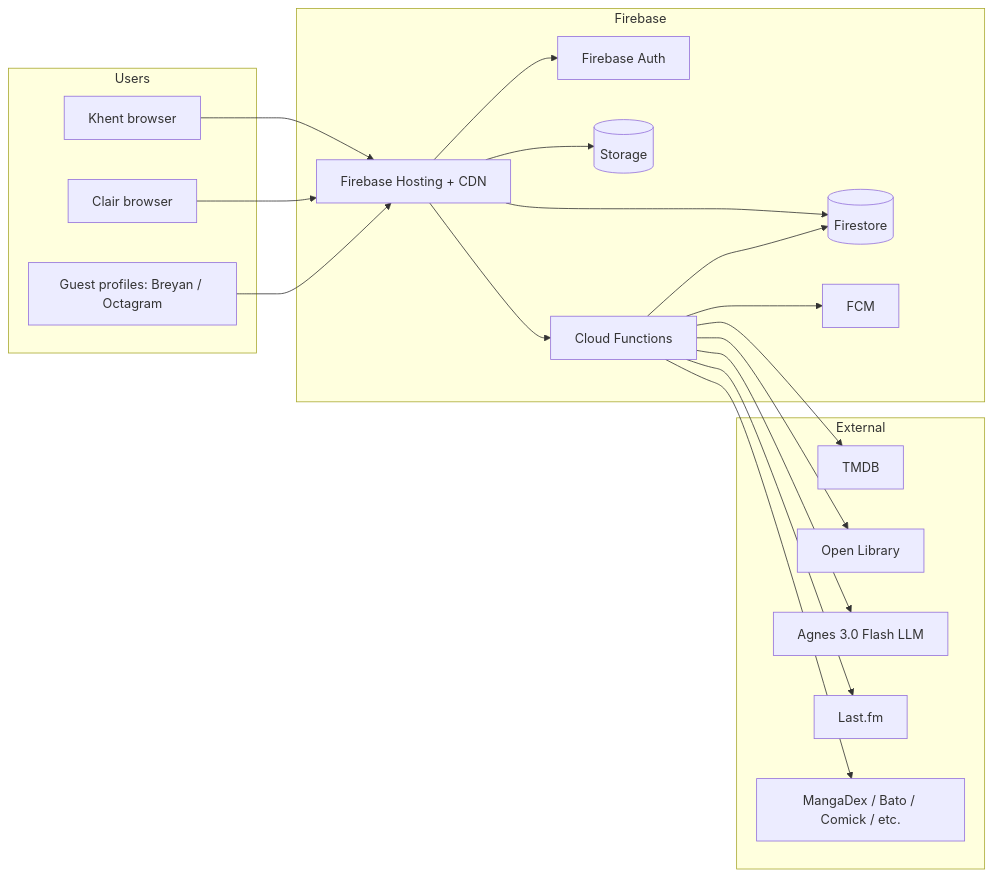
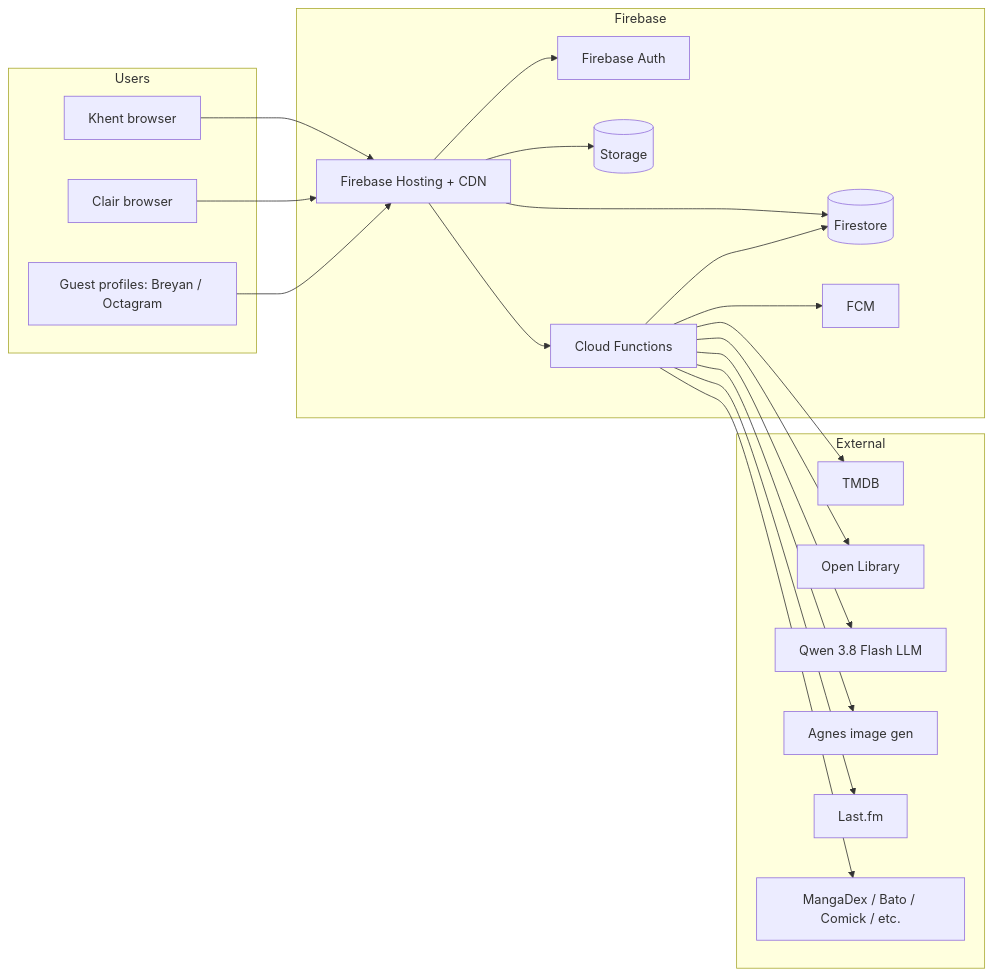
The first of 7 diagrams in docs/ARCHITECTURE.md (khentmoba/Everglow), drawn with Mermaid before and after one commit. The commit also changed other lines of this file and 23 other files, not shown here.

````diff
--- a/docs/ARCHITECTURE.md
+++ b/docs/ARCHITECTURE.md
@@ -32,40 +32,42 @@
 ```mermaid
 flowchart LR
   subgraph Users
     K[Khent browser]
     C[Clair browser]
     G[Guest profiles: Breyan / Octagram]
   end
 
   subgraph Firebase
     H[Firebase Hosting + CDN]
     A[Firebase Auth]
     F[(Firestore)]
     S[(Storage)]
     FN[Cloud Functions]
     M[FCM]
   end
 
   subgraph External
     TMDB[TMDB]
     OL[Open Library]
-    AGNES[Agnes 3.0 Flash LLM]
+    QWEN[Qwen 3.8 Flash LLM]
+    AGNESIMG[Agnes image gen]
     LF[Last.fm]
     MD[MangaDex / Bato / Comick / etc.]
   end
 
   K --> H
   C --> H
   G --> H
   H --> A
   H --> F
   H --> S
   H --> FN
   FN --> F
   FN --> M
   FN --> TMDB
   FN --> OL
-  FN --> AGNES
+  FN --> QWEN
+  FN --> AGNESIMG
   FN --> LF
   FN --> MD
 ```
````
